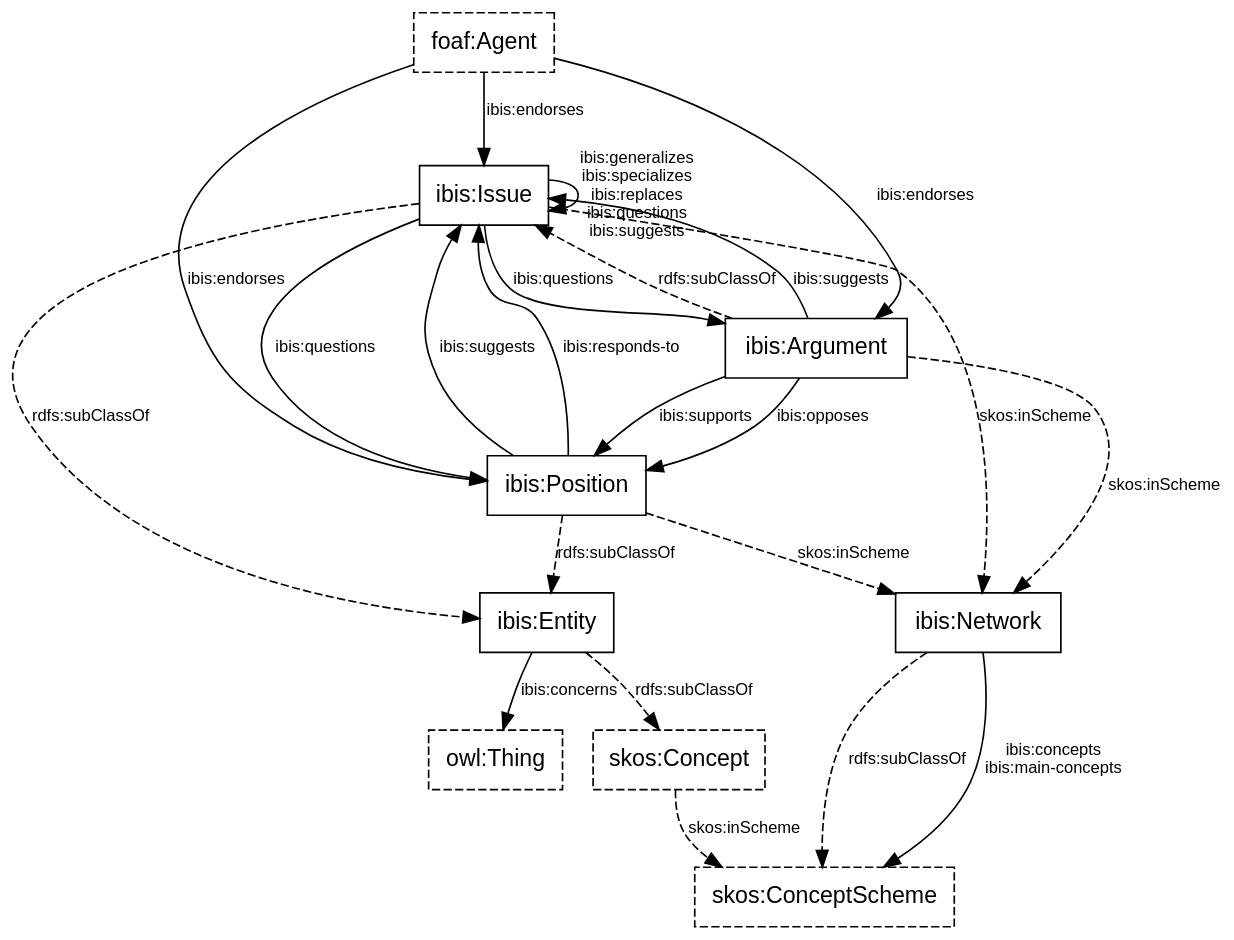
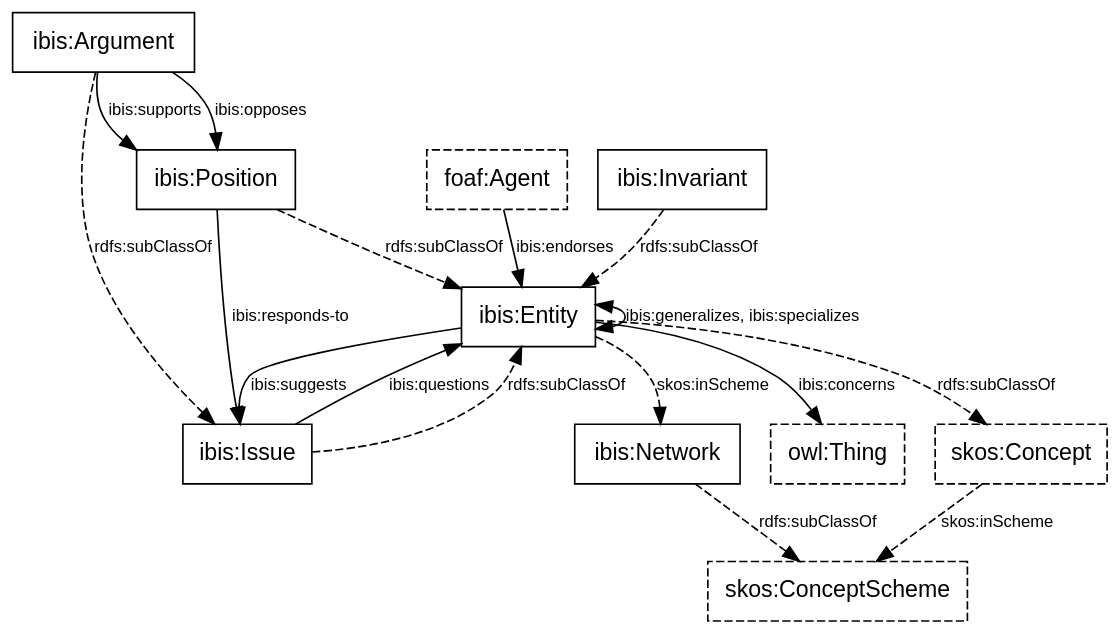
Before and after one commit to doriantaylor/owl-ibis: the diagram in ibis-classes.dot, drawn with Graphviz. The commit also changed 3 other files, not shown here.

```diff
--- a/ibis-classes.dot
+++ b/ibis-classes.dot
@@ -1,76 +1,82 @@
 digraph {
     graph [bgcolor=transparent];
     node [shape=box,color="#000000",fontcolor="#000000",fontname="Lucida Grande, Lucida Sans Unicode, sans-serif"];
     edge [color="#000000",fontcolor="#000000",fontname="Lucida Grande, Lucida Sans Unicode, sans-serif"];
 
     subgraph {
         node [style=dashed];
         owl_Thing          [label="owl:Thing"];
         foaf_Agent         [label="foaf:Agent"];
         skos_Concept       [label="skos:Concept"];
         skos_ConceptScheme [label="skos:ConceptScheme"];
     }
 
-    ibis_Entity   [label="ibis:Entity"];
-    ibis_Issue    [label="ibis:Issue"];
-    ibis_Position [label="ibis:Position"];
-    ibis_Argument [label="ibis:Argument"];
-    ibis_Network  [label="ibis:Network"];
+    ibis_Entity    [label="ibis:Entity"];
+    ibis_Invariant [label="ibis:Invariant"];
+    ibis_Issue     [label="ibis:Issue"];
+    ibis_Position  [label="ibis:Position"];
+    ibis_Argument  [label="ibis:Argument"];
+    ibis_Network   [label="ibis:Network"];
 
     subgraph {
         edge [fontsize=10,concentrate=true];
         /*
         ibis_Issue -> ibis_Issue [label="ibis:specializes"];
         ibis_Issue -> ibis_Issue [label="ibis:generalizes"];
         ibis_Issue -> ibis_Issue [label="ibis:replaces"];
         */
-        ibis_Issue -> ibis_Issue [label="ibis:generalizes\nibis:specializes\nibis:replaces\nibis:questions\nibis:suggests"];
+        // ibis_Issue -> ibis_Issue [label="ibis:generalizes\nibis:specializes\nibis:replaces\nibis:questions\nibis:suggests"];
+        ibis_Entity -> ibis_Entity [label="ibis:generalizes, ibis:specializes", dir=both];
+        ibis_Entity -> ibis_Issue [label="ibis:suggests"];
+        ibis_Issue  -> ibis_Entity [label="ibis:questions"];
 
         subgraph {
             edge [label="rdfs:subClassOf", style=dashed];
-            ibis_Entity   -> skos_Concept;
-            ibis_Issue    -> ibis_Entity;
-            ibis_Position -> ibis_Entity;
-            ibis_Argument -> ibis_Issue;
-            ibis_Network  -> skos_ConceptScheme;
+            ibis_Invariant -> ibis_Entity -> skos_Concept;
+            ibis_Issue     -> ibis_Entity;
+            ibis_Position  -> ibis_Entity;
+            ibis_Argument  -> ibis_Issue;
+            ibis_Network   -> skos_ConceptScheme;
         }
 
         subgraph {
             edge [label="skos:inScheme", style=dashed, concentrate=true];
-            ibis_Issue    -> ibis_Network;
-            ibis_Position -> ibis_Network;
-            ibis_Argument -> ibis_Network;
+            ibis_Entity   -> ibis_Network;
+            // ibis_Issue    -> ibis_Network;
+            // ibis_Position -> ibis_Network;
+            // ibis_Argument -> ibis_Network;
             skos_Concept  -> skos_ConceptScheme;
         }
 
         subgraph {
             edge [style=dashed];
         }
 
         subgraph {
             edge [label="ibis:endorses"];
-            foaf_Agent -> ibis_Issue;
-            foaf_Agent -> ibis_Position;
-            foaf_Agent -> ibis_Argument;
+            foaf_Agent -> ibis_Entity;
+            // foaf_Agent -> ibis_Issue;
+            // foaf_Agent -> ibis_Position;
+            // foaf_Agent -> ibis_Argument;
         }
 
         subgraph {
             edge [label="ibis:questions"];
-            ibis_Issue -> ibis_Argument;
-            ibis_Issue -> ibis_Position;
+            // ibis_Issue -> ibis_Argument;
+            // ibis_Issue -> ibis_Position;
             //ibis_Issue -> ibis_Issue;
         }
         subgraph {
             edge [label="ibis:suggests"];
-            ibis_Position -> ibis_Issue;
-            ibis_Argument -> ibis_Issue;
+            // ibis_Position -> ibis_Issue;
+            // ibis_Argument -> ibis_Issue;
             //ibis_Issue    -> ibis_Issue;
         }
 
         ibis_Entity   -> owl_Thing     [label="ibis:concerns"];
         ibis_Position -> ibis_Issue    [label="ibis:responds-to"];
         ibis_Argument -> ibis_Position [label="ibis:supports"];
         ibis_Argument -> ibis_Position [label="ibis:opposes"];
-        ibis_Network -> skos_ConceptScheme [label="ibis:concepts\nibis:main-concepts"];
+        // ibis_Network -> skos_ConceptScheme [label="ibis:concepts\nibis:main-concepts"];
     }
 }
```
